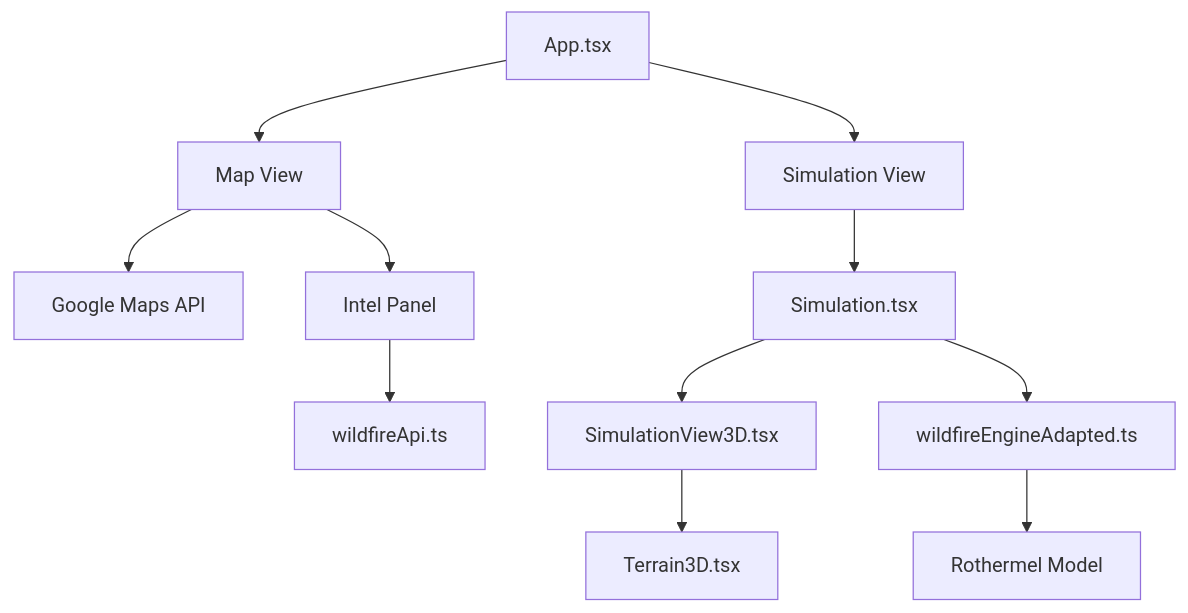
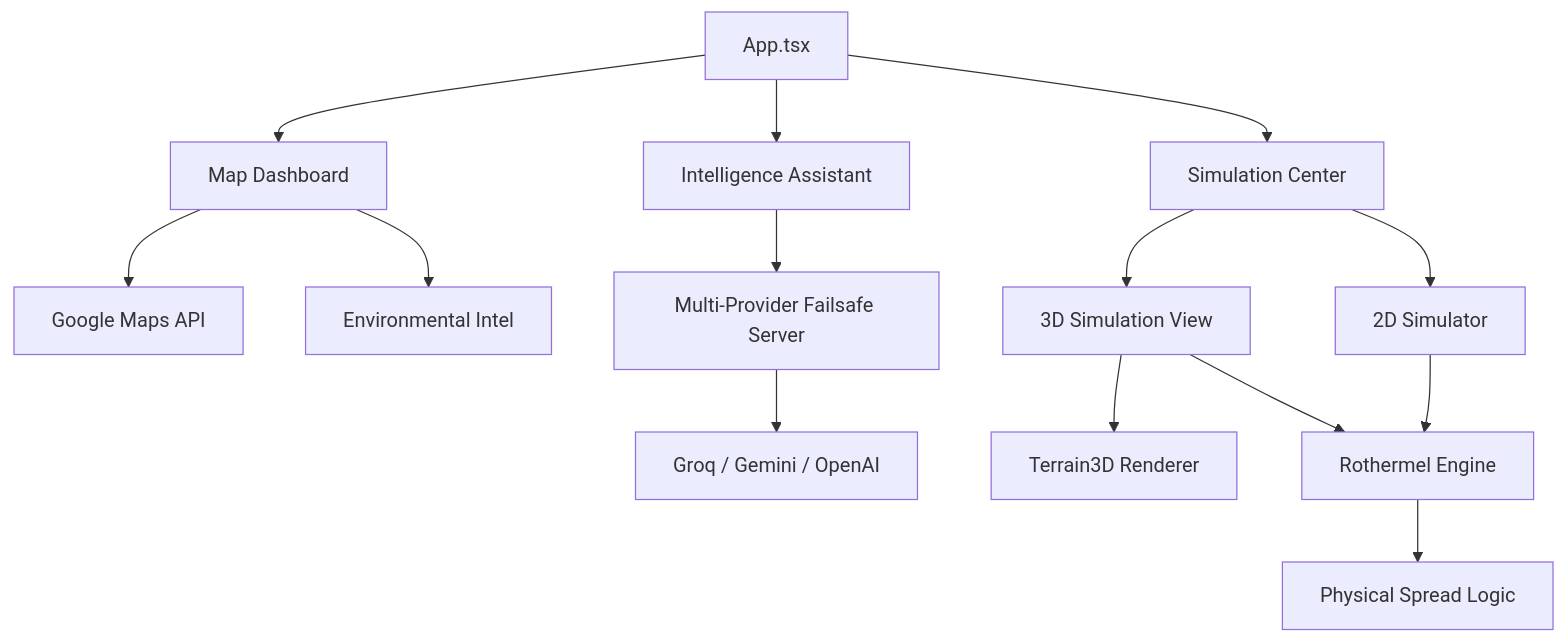
The diagram in ARCHITECTURE.md (Ashindustry007/SAFE), drawn with Mermaid before and after one commit. The commit also changed other lines of this file and 14 other files, not shown here.

````diff
--- a/ARCHITECTURE.md
+++ b/ARCHITECTURE.md
@@ -9,17 +9,19 @@
 ```mermaid
 graph TD
-    A[App.tsx] --> B[Map View]
-    A --> C[Simulation View]
+    A[App.tsx] --> B[Map Dashboard]
+    A --> C[Simulation Center]
+    A --> L[Intelligence Assistant]
     
     B --> D[Google Maps API]
-    B --> E[Intel Panel]
+    B --> E[Environmental Intel]
     
-    E --> F[wildfireApi.ts]
+    L --> M[Multi-Provider Failsafe Server]
+    M --> N[Groq / Gemini / OpenAI]
     
-    C --> G[Simulation.tsx]
-    G --> H[SimulationView3D.tsx]
-    H --> I[Terrain3D.tsx]
+    C --> G[2D Simulator]
+    C --> H[3D Simulation View]
+    H --> I[Terrain3D Renderer]
     
-    G --> J[wildfireEngineAdapted.ts]
-    J --> K[Rothermel Model]
+    G & H --> J[Rothermel Engine]
+    J --> K[Physical Spread Logic]
 ```
````
